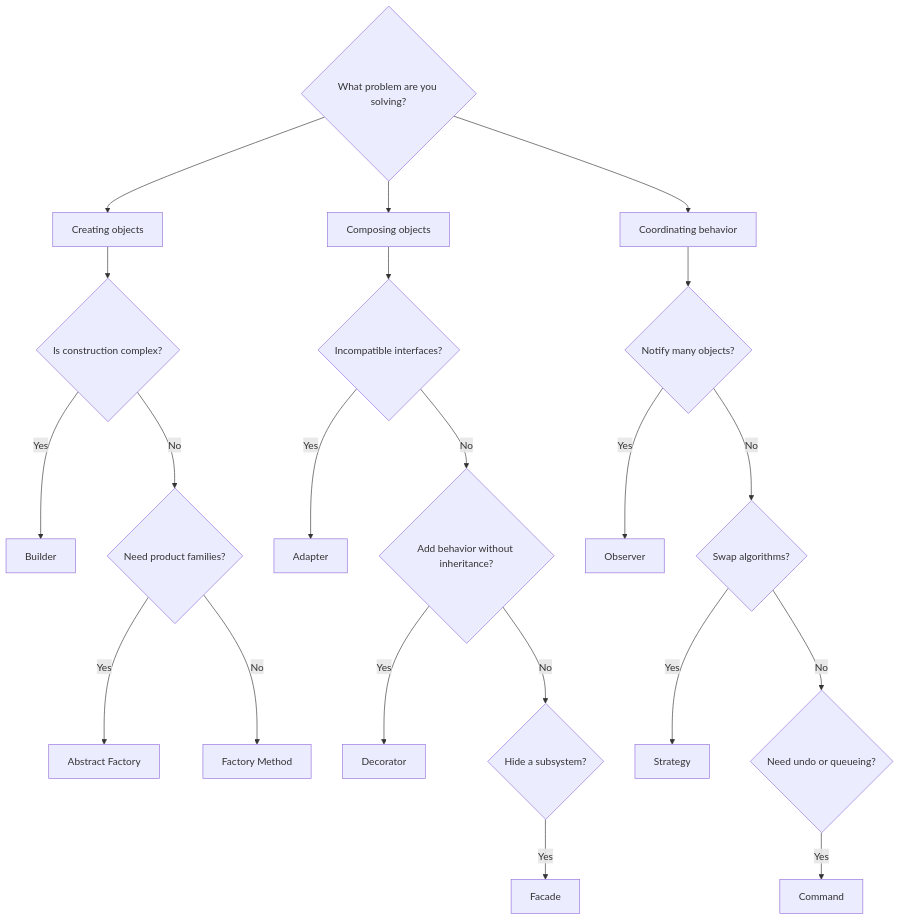
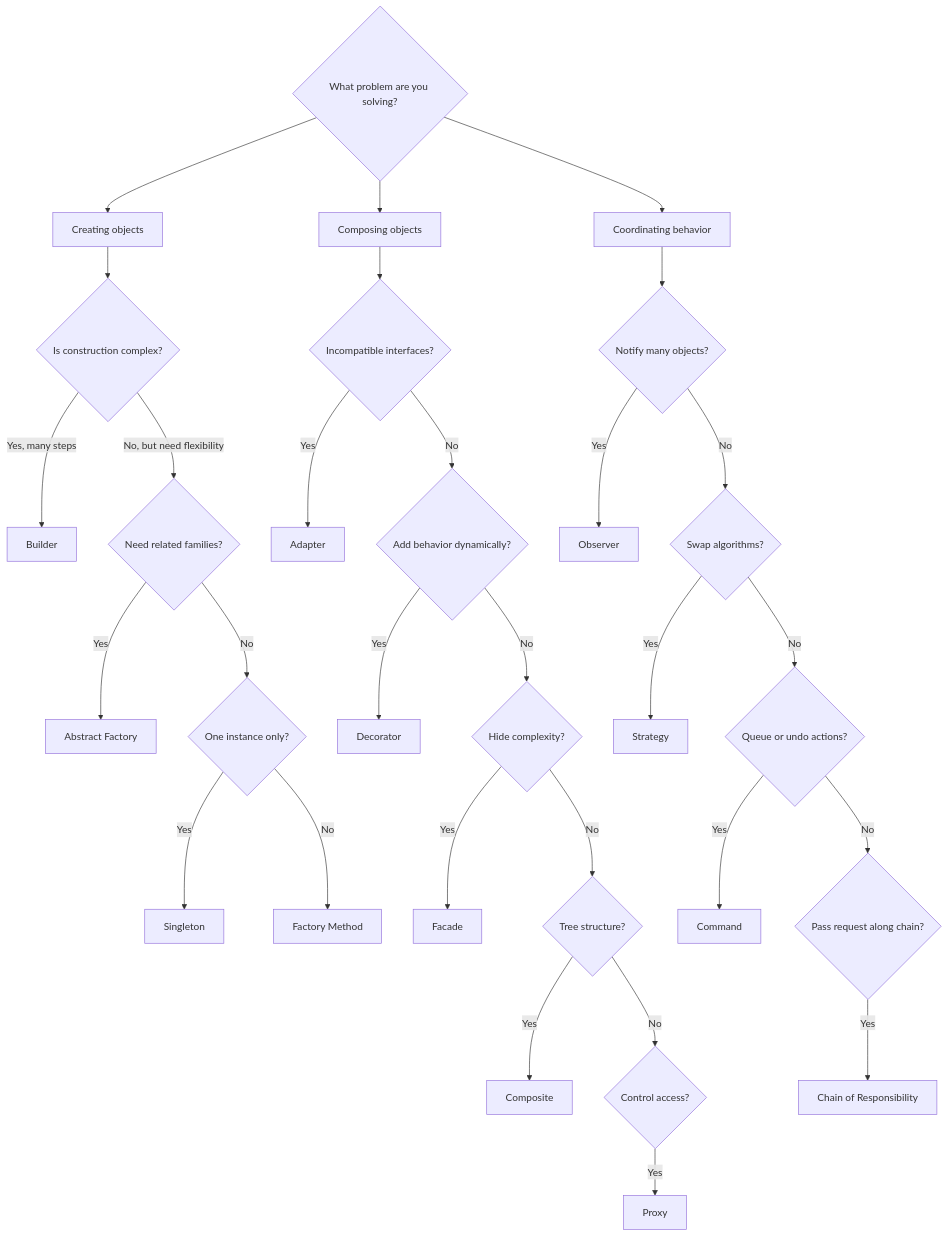
The diagram in docs/design-patterns/catalog.md (shivam-g-mishra/blog), drawn with Mermaid before and after one commit. The commit also changed other lines of this file and 31 other files, not shown here.

````diff
--- a/docs/design-patterns/catalog.md
+++ b/docs/design-patterns/catalog.md
@@ -57,27 +103,35 @@
 ```mermaid
 flowchart TD
     start{"What problem are you solving?"}
     start --> create["Creating objects"]
     start --> structure["Composing objects"]
     start --> behavior["Coordinating behavior"]
 
     create --> construction{"Is construction complex?"}
-    construction -->|"Yes"| builder["Builder"]
-    construction -->|"No"| families{"Need product families?"}
+    construction -->|"Yes, many steps"| builder["Builder"]
+    construction -->|"No, but need flexibility"| families{"Need related families?"}
     families -->|"Yes"| abstractFactory["Abstract Factory"]
-    families -->|"No"| factoryMethod["Factory Method"]
+    families -->|"No"| single{"One instance only?"}
+    single -->|"Yes"| singleton["Singleton"]
+    single -->|"No"| factoryMethod["Factory Method"]
 
     structure --> adapt{"Incompatible interfaces?"}
     adapt -->|"Yes"| adapter["Adapter"]
-    adapt -->|"No"| wrap{"Add behavior without inheritance?"}
+    adapt -->|"No"| wrap{"Add behavior dynamically?"}
     wrap -->|"Yes"| decorator["Decorator"]
-    wrap -->|"No"| simplify{"Hide a subsystem?"}
+    wrap -->|"No"| simplify{"Hide complexity?"}
     simplify -->|"Yes"| facade["Facade"]
+    simplify -->|"No"| tree{"Tree structure?"}
+    tree -->|"Yes"| composite["Composite"]
+    tree -->|"No"| access{"Control access?"}
+    access -->|"Yes"| proxy["Proxy"]
 
     behavior --> notify{"Notify many objects?"}
     notify -->|"Yes"| observer["Observer"]
     notify -->|"No"| swap{"Swap algorithms?"}
     swap -->|"Yes"| strategy["Strategy"]
-    swap -->|"No"| undo{"Need undo or queueing?"}
+    swap -->|"No"| undo{"Queue or undo actions?"}
     undo -->|"Yes"| command["Command"]
+    undo -->|"No"| chain{"Pass request along chain?"}
+    chain -->|"Yes"| chainOfResp["Chain of Responsibility"]
 ```
````
